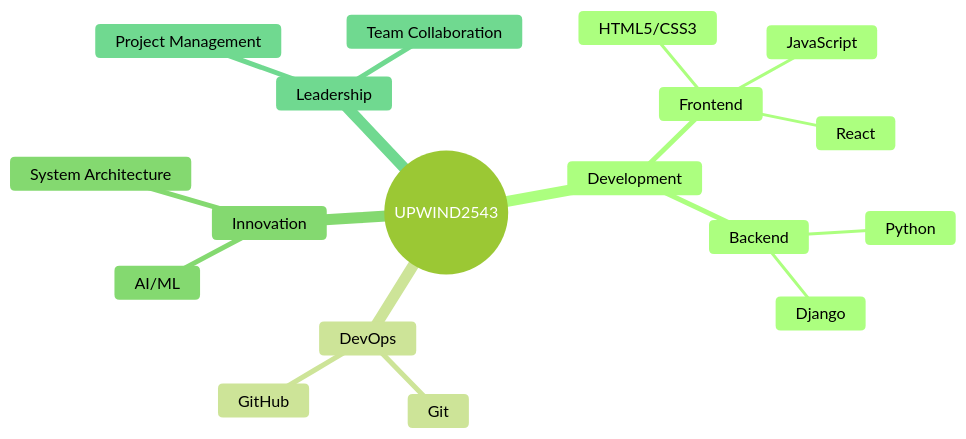
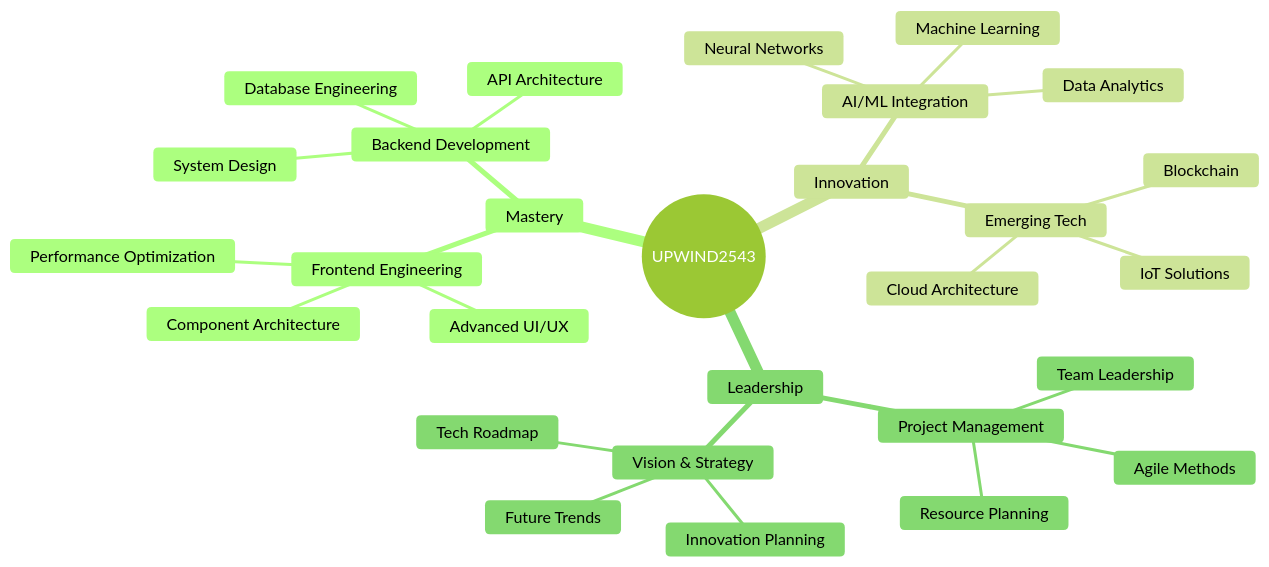
One commit to Tepaks1/tepaks1 changed the diagram in README.md. Above: the diagram before and after it, drawn with Mermaid (forest theme). The commit also changed other lines of this file, not shown here.

````diff
--- a/README.md
+++ b/README.md
@@ -34,21 +42,31 @@
 ```mermaid
 mindmap
   root((UPWIND2543))
-    Development
-      Frontend
-        HTML5/CSS3
-        JavaScript
-        React
-      Backend
-        Python
-        Django
-    DevOps
-      Git
-      GitHub
+    Mastery
+      Frontend Engineering
+        Advanced UI/UX
+        Component Architecture
+        Performance Optimization
+      Backend Development
+        System Design
+        API Architecture
+        Database Engineering
     Innovation
-      AI/ML
-      System Architecture
+      AI/ML Integration
+        Neural Networks
+        Machine Learning
+        Data Analytics
+      Emerging Tech
+        Blockchain
+        IoT Solutions
+        Cloud Architecture
     Leadership
       Project Management
-      Team Collaboration
+        Agile Methods
+        Team Leadership
+        Resource Planning
+      Vision & Strategy
+        Innovation Planning
+        Tech Roadmap
+        Future Trends
 ```
````
